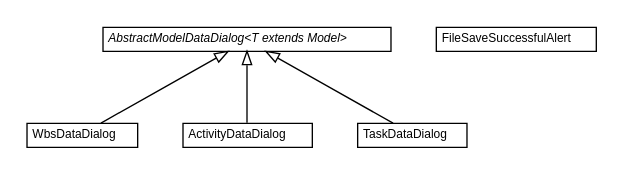
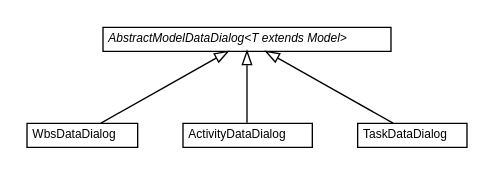
One commit to willmorejg/net.ljcomputing.sr2 changed the diagram in net.ljcomputing.status-reporter-2/docs/javadoc/apidocs/net/ljcomputing/sr/fx/dialog/impl/net.ljcomputing.sr.fx.dialog.impl.dot. Above: the diagram before and after it, drawn with Graphviz. The commit also changed 293 other files, not shown here.

```diff
--- a/net.ljcomputing.status-reporter-2/docs/javadoc/apidocs/net/ljcomputing/sr/fx/dialog/impl/net.ljcomputing.sr.fx.dialog.impl.dot
+++ b/net.ljcomputing.status-reporter-2/docs/javadoc/apidocs/net/ljcomputing/sr/fx/dialog/impl/net.ljcomputing.sr.fx.dialog.impl.dot
@@ -1,48 +1,42 @@
 #!/usr/local/bin/dot
 #
 # Class diagram 
 # Generated by UMLGraph version R5_6 (http://www.umlgraph.org/)
 #
 
 digraph G {
 	edge [fontname="Helvetica",fontsize=10,labelfontname="Helvetica",labelfontsize=10];
 	node [fontname="Helvetica",fontsize=10,shape=plaintext];
 	nodesep=0.25;
 	ranksep=0.5;
 	// net.ljcomputing.sr.fx.dialog.impl.WbsDataDialog
-	c119 [label=<<table title="net.ljcomputing.sr.fx.dialog.impl.WbsDataDialog" border="0" cellborder="1" cellspacing="0" cellpadding="2" port="p" href="./WbsDataDialog.html">
+	c116 [label=<<table title="net.ljcomputing.sr.fx.dialog.impl.WbsDataDialog" border="0" cellborder="1" cellspacing="0" cellpadding="2" port="p" href="./WbsDataDialog.html">
 		<tr><td><table border="0" cellspacing="0" cellpadding="1">
 <tr><td align="center" balign="center"> WbsDataDialog </td></tr>
 		</table></td></tr>
 		</table>>, URL="./WbsDataDialog.html", fontname="Helvetica", fontcolor="black", fontsize=9.0];
 	// net.ljcomputing.sr.fx.dialog.impl.ActivityDataDialog
-	c120 [label=<<table title="net.ljcomputing.sr.fx.dialog.impl.ActivityDataDialog" border="0" cellborder="1" cellspacing="0" cellpadding="2" port="p" href="./ActivityDataDialog.html">
+	c117 [label=<<table title="net.ljcomputing.sr.fx.dialog.impl.ActivityDataDialog" border="0" cellborder="1" cellspacing="0" cellpadding="2" port="p" href="./ActivityDataDialog.html">
 		<tr><td><table border="0" cellspacing="0" cellpadding="1">
 <tr><td align="center" balign="center"> ActivityDataDialog </td></tr>
 		</table></td></tr>
 		</table>>, URL="./ActivityDataDialog.html", fontname="Helvetica", fontcolor="black", fontsize=9.0];
-	// net.ljcomputing.sr.fx.dialog.impl.FileSaveSuccessfulAlert
-	c121 [label=<<table title="net.ljcomputing.sr.fx.dialog.impl.FileSaveSuccessfulAlert" border="0" cellborder="1" cellspacing="0" cellpadding="2" port="p" href="./FileSaveSuccessfulAlert.html">
-		<tr><td><table border="0" cellspacing="0" cellpadding="1">
-<tr><td align="center" balign="center"> FileSaveSuccessfulAlert </td></tr>
-		</table></td></tr>
-		</table>>, URL="./FileSaveSuccessfulAlert.html", fontname="Helvetica", fontcolor="black", fontsize=9.0];
 	// net.ljcomputing.sr.fx.dialog.impl.AbstractModelDataDialog<T extends net.ljcomputing.model.Model>
-	c122 [label=<<table title="net.ljcomputing.sr.fx.dialog.impl.AbstractModelDataDialog" border="0" cellborder="1" cellspacing="0" cellpadding="2" port="p" href="./AbstractModelDataDialog.html">
+	c118 [label=<<table title="net.ljcomputing.sr.fx.dialog.impl.AbstractModelDataDialog" border="0" cellborder="1" cellspacing="0" cellpadding="2" port="p" href="./AbstractModelDataDialog.html">
 		<tr><td><table border="0" cellspacing="0" cellpadding="1">
 <tr><td align="center" balign="center"><font face="Helvetica-Oblique"> AbstractModelDataDialog&lt;T extends Model&gt; </font></td></tr>
 		</table></td></tr>
 		</table>>, URL="./AbstractModelDataDialog.html", fontname="Helvetica", fontcolor="black", fontsize=9.0];
 	// net.ljcomputing.sr.fx.dialog.impl.TaskDataDialog
-	c123 [label=<<table title="net.ljcomputing.sr.fx.dialog.impl.TaskDataDialog" border="0" cellborder="1" cellspacing="0" cellpadding="2" port="p" href="./TaskDataDialog.html">
+	c119 [label=<<table title="net.ljcomputing.sr.fx.dialog.impl.TaskDataDialog" border="0" cellborder="1" cellspacing="0" cellpadding="2" port="p" href="./TaskDataDialog.html">
 		<tr><td><table border="0" cellspacing="0" cellpadding="1">
 <tr><td align="center" balign="center"> TaskDataDialog </td></tr>
 		</table></td></tr>
 		</table>>, URL="./TaskDataDialog.html", fontname="Helvetica", fontcolor="black", fontsize=9.0];
 	//net.ljcomputing.sr.fx.dialog.impl.WbsDataDialog extends net.ljcomputing.sr.fx.dialog.impl.AbstractModelDataDialog<net.ljcomputing.sr.model.WorkBreakdownStructure>
-	c122:p -> c119:p [dir=back,arrowtail=empty];
+	c118:p -> c116:p [dir=back,arrowtail=empty];
 	//net.ljcomputing.sr.fx.dialog.impl.ActivityDataDialog extends net.ljcomputing.sr.fx.dialog.impl.AbstractModelDataDialog<net.ljcomputing.sr.model.Activity>
-	c122:p -> c120:p [dir=back,arrowtail=empty];
+	c118:p -> c117:p [dir=back,arrowtail=empty];
 	//net.ljcomputing.sr.fx.dialog.impl.TaskDataDialog extends net.ljcomputing.sr.fx.dialog.impl.AbstractModelDataDialog<net.ljcomputing.sr.model.TaskViewModel>
-	c122:p -> c123:p [dir=back,arrowtail=empty];
+	c118:p -> c119:p [dir=back,arrowtail=empty];
 }
```
